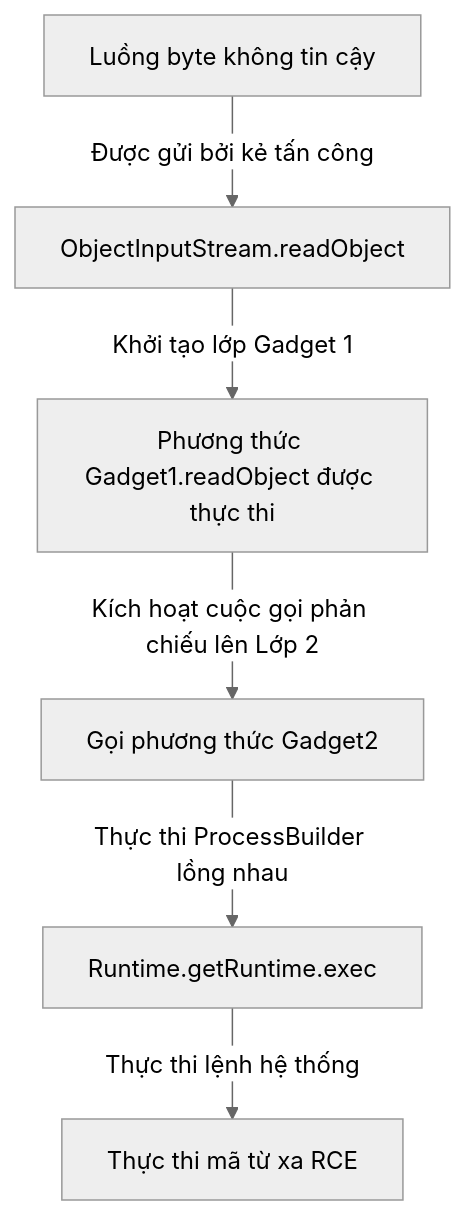
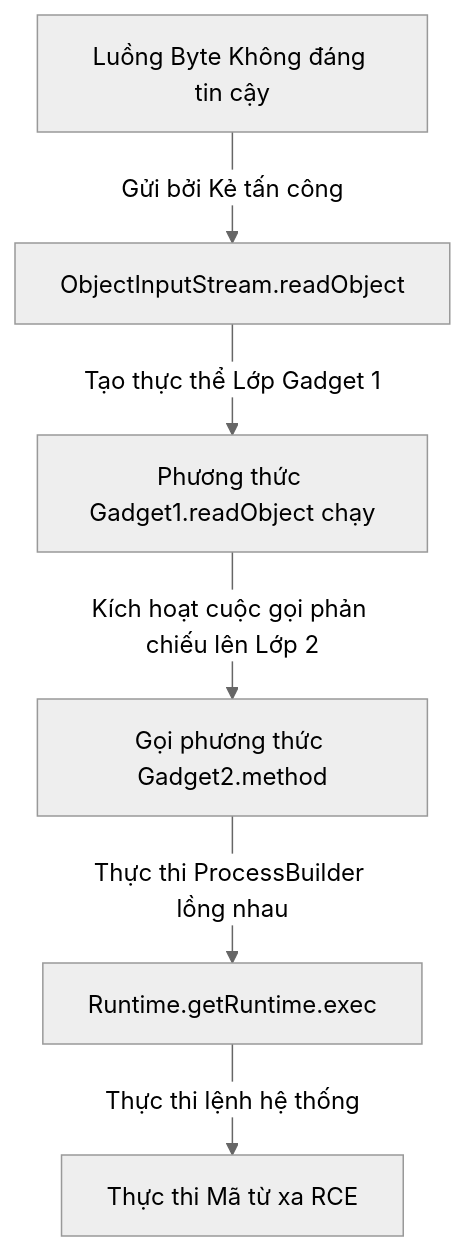
The third of 3 diagrams in vi/26-io/theory/03-serialization-concepts.md (PhuThien2005/theoretical-of-java-core), drawn with Mermaid (neutral theme) before and after one commit. The commit also changed other lines of this file and 229 other files, not shown here.

````diff
--- a/vi/26-io/theory/03-serialization-concepts.md
+++ b/vi/26-io/theory/03-serialization-concepts.md
@@ -175,8 +175,8 @@
 ```mermaid
 flowchart TD
-    A[Luồng byte không tin cậy] -->|Được gửi bởi kẻ tấn công| B[ObjectInputStream.readObject]
-    B -->|Khởi tạo lớp Gadget 1| C[Phương thức Gadget1.readObject được thực thi]
-    C -->|Kích hoạt cuộc gọi phản chiếu lên Lớp 2| D[Gọi phương thức Gadget2]
+    A[Luồng Byte Không đáng tin cậy] -->|Gửi bởi Kẻ tấn công| B[ObjectInputStream.readObject]
+    B -->|Tạo thực thể Lớp Gadget 1| C[Phương thức Gadget1.readObject chạy]
+    C -->|Kích hoạt cuộc gọi phản chiếu lên Lớp 2| D[Gọi phương thức Gadget2.method]
     D -->|Thực thi ProcessBuilder lồng nhau| E[Runtime.getRuntime.exec]
-    E -->|Thực thi lệnh hệ thống| F[Thực thi mã từ xa RCE]
+    E -->|Thực thi lệnh hệ thống| F[Thực thi Mã từ xa RCE]
 ```
````
